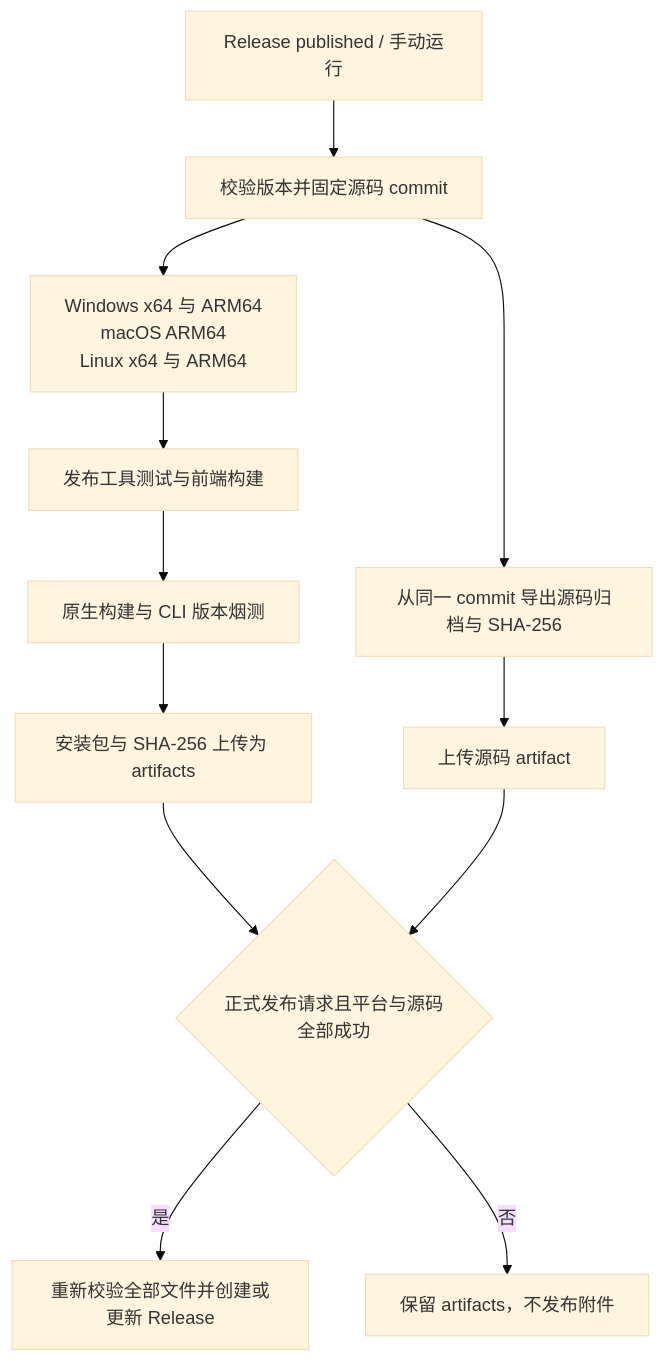
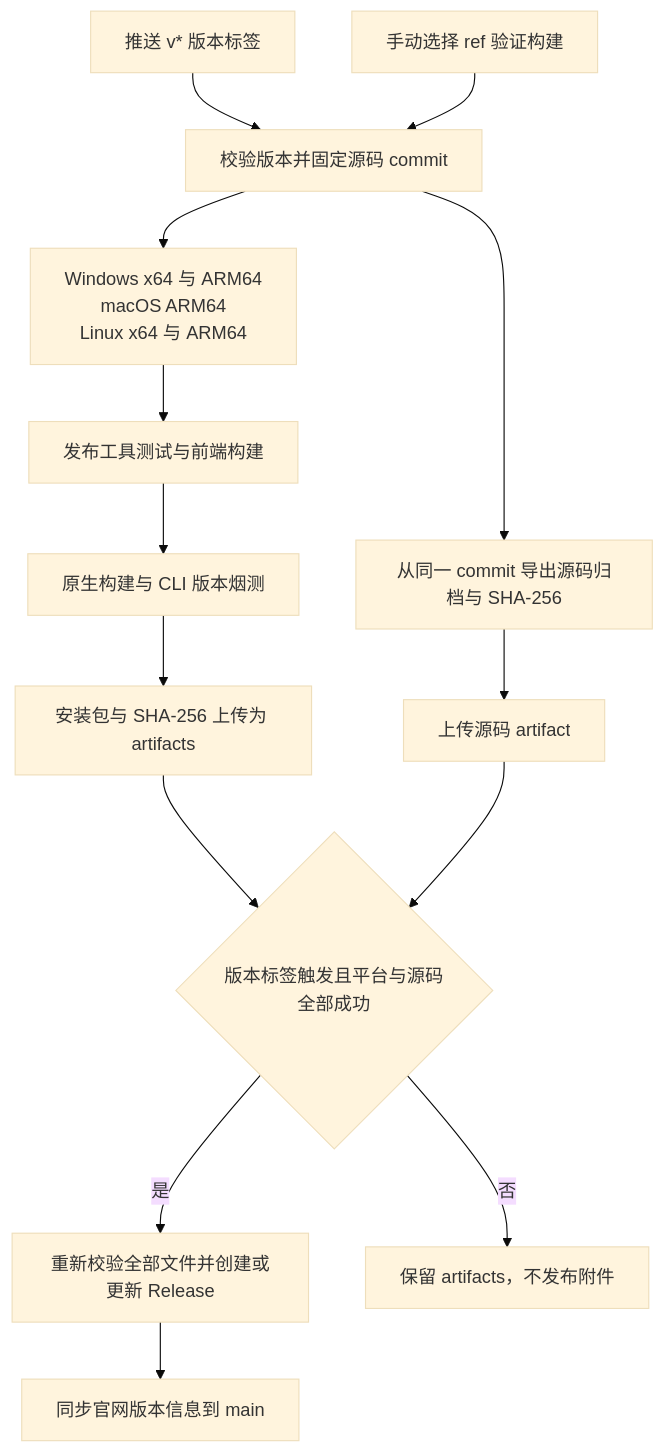
Before and after one commit to HG-ha/Argusai: the diagram in wiki/Build-and-Release.md, drawn with Mermaid (base theme). The commit also changed other lines of this file and 21 other files, not shown here.

````diff
--- a/wiki/Build-and-Release.md
+++ b/wiki/Build-and-Release.md
@@ -167,14 +167,16 @@
 ```mermaid
 flowchart TD
-    A[Release published / 手动运行] --> B[校验版本并固定源码 commit]
+    A[推送 v* 版本标签] --> B[校验版本并固定源码 commit]
+    M[手动选择 ref 验证构建] --> B
     B --> C[Windows x64 与 ARM64<br/>macOS ARM64<br/>Linux x64 与 ARM64]
     C --> D[发布工具测试与前端构建]
     D --> E[原生构建与 CLI 版本烟测]
     E --> F[安装包与 SHA-256 上传为 artifacts]
     B --> J[从同一 commit 导出源码归档与 SHA-256]
     J --> K[上传源码 artifact]
-    F --> G{正式发布请求且平台与源码全部成功}
+    F --> G{版本标签触发且平台与源码全部成功}
     K --> G
     G -->|是| H[重新校验全部文件并创建或更新 Release]
     G -->|否| I[保留 artifacts，不发布附件]
+    H --> W[同步官网版本信息到 main]
 ```
````
